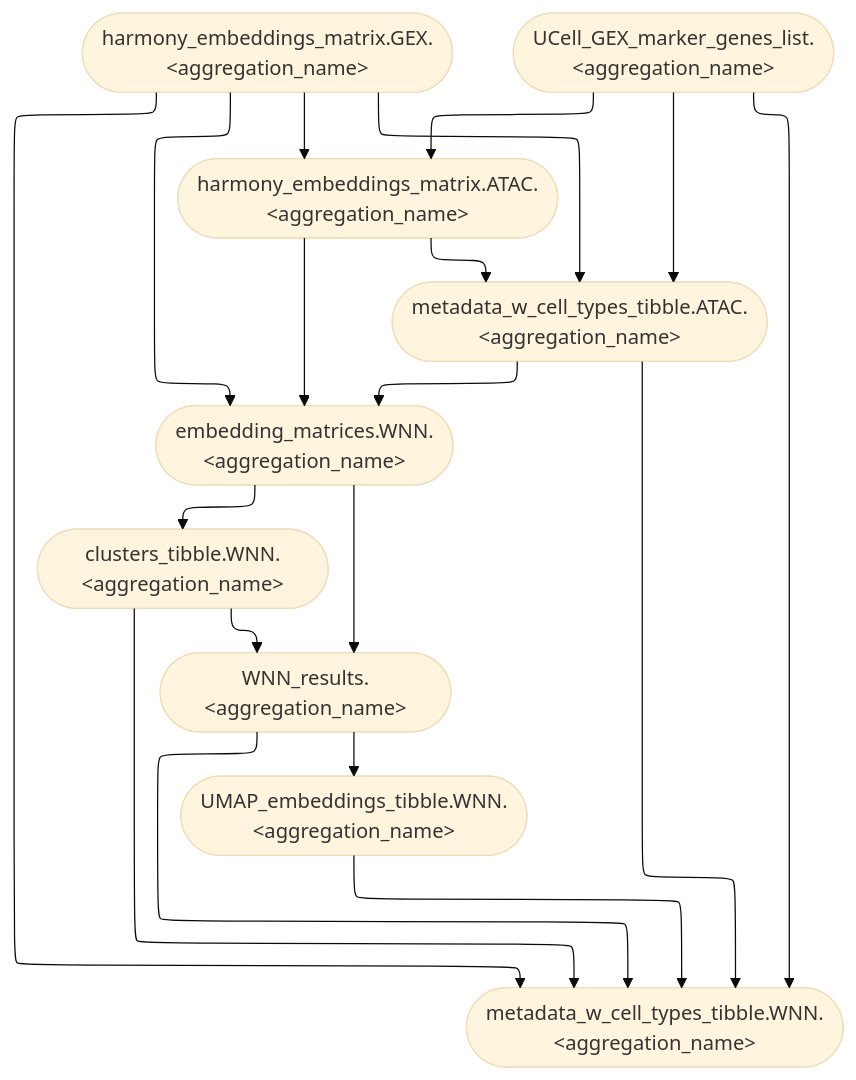
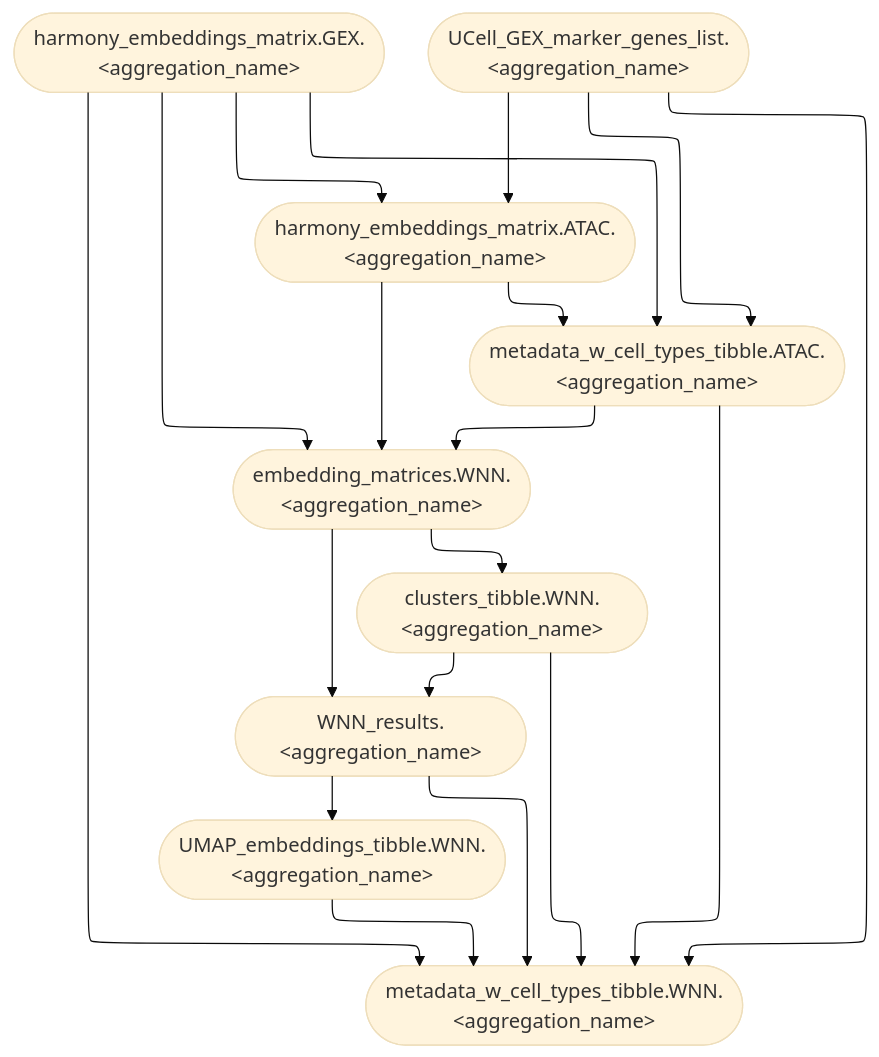
The diagram in website/figures/human_curated/WNN_v2.mmd (koefoeden/multiomeR), drawn with Mermaid (base theme) before and after one commit. The commit also changed 11 other files, not shown here.

First line of the commit message:
Refresh public guides and generated graphs for the ported workflow

```diff
--- a/website/figures/human_curated/WNN_v2.mmd
+++ b/website/figures/human_curated/WNN_v2.mmd
@@ -1,20 +1,20 @@
 %%{init: {'flowchart': {'defaultRenderer': 'elk'}}}%%
 flowchart TB
-  harmony_embeddings_matrix.GEX.immune_human_2x(["harmony_embeddings_matrix.GEX.&lt;aggregation_name&gt;"]):::none --> embedding_matrices.WNN.immune_human_2x(["embedding_matrices.WNN.&lt;aggregation_name&gt;"]):::none
-  metadata_w_cell_types_tibble.ATAC.immune_human_2x(["metadata_w_cell_types_tibble.ATAC.&lt;aggregation_name&gt;"]):::none --> embedding_matrices.WNN.immune_human_2x(["embedding_matrices.WNN.&lt;aggregation_name&gt;"]):::none
-  harmony_embeddings_matrix.ATAC.immune_human_2x(["harmony_embeddings_matrix.ATAC.&lt;aggregation_name&gt;"]):::none --> embedding_matrices.WNN.immune_human_2x(["embedding_matrices.WNN.&lt;aggregation_name&gt;"]):::none
-  WNN_results.immune_human_2x(["WNN_results.&lt;aggregation_name&gt;"]):::none --> UMAP_embeddings_tibble.WNN.immune_human_2x(["UMAP_embeddings_tibble.WNN.&lt;aggregation_name&gt;"]):::none
-  clusters_tibble.WNN.immune_human_2x(["clusters_tibble.WNN.&lt;aggregation_name&gt;"]):::none --> WNN_results.immune_human_2x(["WNN_results.&lt;aggregation_name&gt;"]):::none
-  embedding_matrices.WNN.immune_human_2x(["embedding_matrices.WNN.&lt;aggregation_name&gt;"]):::none --> WNN_results.immune_human_2x(["WNN_results.&lt;aggregation_name&gt;"]):::none
-  harmony_embeddings_matrix.GEX.immune_human_2x(["harmony_embeddings_matrix.GEX.&lt;aggregation_name&gt;"]):::none --> harmony_embeddings_matrix.ATAC.immune_human_2x(["harmony_embeddings_matrix.ATAC.&lt;aggregation_name&gt;"]):::none
-  UCell_GEX_marker_genes_list.immune_human_2x(["UCell_GEX_marker_genes_list.&lt;aggregation_name&gt;"]):::none --> harmony_embeddings_matrix.ATAC.immune_human_2x(["harmony_embeddings_matrix.ATAC.&lt;aggregation_name&gt;"]):::none
-  harmony_embeddings_matrix.GEX.immune_human_2x(["harmony_embeddings_matrix.GEX.&lt;aggregation_name&gt;"]):::none --> metadata_w_cell_types_tibble.ATAC.immune_human_2x(["metadata_w_cell_types_tibble.ATAC.&lt;aggregation_name&gt;"]):::none
-  UCell_GEX_marker_genes_list.immune_human_2x(["UCell_GEX_marker_genes_list.&lt;aggregation_name&gt;"]):::none --> metadata_w_cell_types_tibble.ATAC.immune_human_2x(["metadata_w_cell_types_tibble.ATAC.&lt;aggregation_name&gt;"]):::none
-  harmony_embeddings_matrix.ATAC.immune_human_2x(["harmony_embeddings_matrix.ATAC.&lt;aggregation_name&gt;"]):::none --> metadata_w_cell_types_tibble.ATAC.immune_human_2x(["metadata_w_cell_types_tibble.ATAC.&lt;aggregation_name&gt;"]):::none
-  WNN_results.immune_human_2x(["WNN_results.&lt;aggregation_name&gt;"]):::none --> metadata_w_cell_types_tibble.WNN.immune_human_2x(["metadata_w_cell_types_tibble.WNN.&lt;aggregation_name&gt;"]):::none
-  clusters_tibble.WNN.immune_human_2x(["clusters_tibble.WNN.&lt;aggregation_name&gt;"]):::none --> metadata_w_cell_types_tibble.WNN.immune_human_2x(["metadata_w_cell_types_tibble.WNN.&lt;aggregation_name&gt;"]):::none
-  UMAP_embeddings_tibble.WNN.immune_human_2x(["UMAP_embeddings_tibble.WNN.&lt;aggregation_name&gt;"]):::none --> metadata_w_cell_types_tibble.WNN.immune_human_2x(["metadata_w_cell_types_tibble.WNN.&lt;aggregation_name&gt;"]):::none
-  metadata_w_cell_types_tibble.ATAC.immune_human_2x(["metadata_w_cell_types_tibble.ATAC.&lt;aggregation_name&gt;"]):::none --> metadata_w_cell_types_tibble.WNN.immune_human_2x(["metadata_w_cell_types_tibble.WNN.&lt;aggregation_name&gt;"]):::none
-  UCell_GEX_marker_genes_list.immune_human_2x(["UCell_GEX_marker_genes_list.&lt;aggregation_name&gt;"]):::none --> metadata_w_cell_types_tibble.WNN.immune_human_2x(["metadata_w_cell_types_tibble.WNN.&lt;aggregation_name&gt;"]):::none
-  harmony_embeddings_matrix.GEX.immune_human_2x(["harmony_embeddings_matrix.GEX.&lt;aggregation_name&gt;"]):::none --> metadata_w_cell_types_tibble.WNN.immune_human_2x(["metadata_w_cell_types_tibble.WNN.&lt;aggregation_name&gt;"]):::none
-  embedding_matrices.WNN.immune_human_2x(["embedding_matrices.WNN.&lt;aggregation_name&gt;"]):::none --> clusters_tibble.WNN.immune_human_2x(["clusters_tibble.WNN.&lt;aggregation_name&gt;"]):::none
+  harmony_embeddings_matrix.GEX.ENCODE_heart_LV_6x(["harmony_embeddings_matrix.GEX.&lt;aggregation_name&gt;"]):::none --> embedding_matrices.WNN.ENCODE_heart_LV_6x(["embedding_matrices.WNN.&lt;aggregation_name&gt;"]):::none
+  metadata_w_cell_types_tibble.ATAC.ENCODE_heart_LV_6x(["metadata_w_cell_types_tibble.ATAC.&lt;aggregation_name&gt;"]):::none --> embedding_matrices.WNN.ENCODE_heart_LV_6x(["embedding_matrices.WNN.&lt;aggregation_name&gt;"]):::none
+  harmony_embeddings_matrix.ATAC.ENCODE_heart_LV_6x(["harmony_embeddings_matrix.ATAC.&lt;aggregation_name&gt;"]):::none --> embedding_matrices.WNN.ENCODE_heart_LV_6x(["embedding_matrices.WNN.&lt;aggregation_name&gt;"]):::none
+  WNN_results.ENCODE_heart_LV_6x(["WNN_results.&lt;aggregation_name&gt;"]):::none --> UMAP_embeddings_tibble.WNN.ENCODE_heart_LV_6x(["UMAP_embeddings_tibble.WNN.&lt;aggregation_name&gt;"]):::none
+  clusters_tibble.WNN.ENCODE_heart_LV_6x(["clusters_tibble.WNN.&lt;aggregation_name&gt;"]):::none --> WNN_results.ENCODE_heart_LV_6x(["WNN_results.&lt;aggregation_name&gt;"]):::none
+  embedding_matrices.WNN.ENCODE_heart_LV_6x(["embedding_matrices.WNN.&lt;aggregation_name&gt;"]):::none --> WNN_results.ENCODE_heart_LV_6x(["WNN_results.&lt;aggregation_name&gt;"]):::none
+  harmony_embeddings_matrix.GEX.ENCODE_heart_LV_6x(["harmony_embeddings_matrix.GEX.&lt;aggregation_name&gt;"]):::none --> harmony_embeddings_matrix.ATAC.ENCODE_heart_LV_6x(["harmony_embeddings_matrix.ATAC.&lt;aggregation_name&gt;"]):::none
+  UCell_GEX_marker_genes_list.ENCODE_heart_LV_6x(["UCell_GEX_marker_genes_list.&lt;aggregation_name&gt;"]):::none --> harmony_embeddings_matrix.ATAC.ENCODE_heart_LV_6x(["harmony_embeddings_matrix.ATAC.&lt;aggregation_name&gt;"]):::none
+  harmony_embeddings_matrix.GEX.ENCODE_heart_LV_6x(["harmony_embeddings_matrix.GEX.&lt;aggregation_name&gt;"]):::none --> metadata_w_cell_types_tibble.ATAC.ENCODE_heart_LV_6x(["metadata_w_cell_types_tibble.ATAC.&lt;aggregation_name&gt;"]):::none
+  UCell_GEX_marker_genes_list.ENCODE_heart_LV_6x(["UCell_GEX_marker_genes_list.&lt;aggregation_name&gt;"]):::none --> metadata_w_cell_types_tibble.ATAC.ENCODE_heart_LV_6x(["metadata_w_cell_types_tibble.ATAC.&lt;aggregation_name&gt;"]):::none
+  harmony_embeddings_matrix.ATAC.ENCODE_heart_LV_6x(["harmony_embeddings_matrix.ATAC.&lt;aggregation_name&gt;"]):::none --> metadata_w_cell_types_tibble.ATAC.ENCODE_heart_LV_6x(["metadata_w_cell_types_tibble.ATAC.&lt;aggregation_name&gt;"]):::none
+  UCell_GEX_marker_genes_list.ENCODE_heart_LV_6x(["UCell_GEX_marker_genes_list.&lt;aggregation_name&gt;"]):::none --> metadata_w_cell_types_tibble.WNN.ENCODE_heart_LV_6x(["metadata_w_cell_types_tibble.WNN.&lt;aggregation_name&gt;"]):::none
+  UMAP_embeddings_tibble.WNN.ENCODE_heart_LV_6x(["UMAP_embeddings_tibble.WNN.&lt;aggregation_name&gt;"]):::none --> metadata_w_cell_types_tibble.WNN.ENCODE_heart_LV_6x(["metadata_w_cell_types_tibble.WNN.&lt;aggregation_name&gt;"]):::none
+  WNN_results.ENCODE_heart_LV_6x(["WNN_results.&lt;aggregation_name&gt;"]):::none --> metadata_w_cell_types_tibble.WNN.ENCODE_heart_LV_6x(["metadata_w_cell_types_tibble.WNN.&lt;aggregation_name&gt;"]):::none
+  metadata_w_cell_types_tibble.ATAC.ENCODE_heart_LV_6x(["metadata_w_cell_types_tibble.ATAC.&lt;aggregation_name&gt;"]):::none --> metadata_w_cell_types_tibble.WNN.ENCODE_heart_LV_6x(["metadata_w_cell_types_tibble.WNN.&lt;aggregation_name&gt;"]):::none
+  clusters_tibble.WNN.ENCODE_heart_LV_6x(["clusters_tibble.WNN.&lt;aggregation_name&gt;"]):::none --> metadata_w_cell_types_tibble.WNN.ENCODE_heart_LV_6x(["metadata_w_cell_types_tibble.WNN.&lt;aggregation_name&gt;"]):::none
+  harmony_embeddings_matrix.GEX.ENCODE_heart_LV_6x(["harmony_embeddings_matrix.GEX.&lt;aggregation_name&gt;"]):::none --> metadata_w_cell_types_tibble.WNN.ENCODE_heart_LV_6x(["metadata_w_cell_types_tibble.WNN.&lt;aggregation_name&gt;"]):::none
+  embedding_matrices.WNN.ENCODE_heart_LV_6x(["embedding_matrices.WNN.&lt;aggregation_name&gt;"]):::none --> clusters_tibble.WNN.ENCODE_heart_LV_6x(["clusters_tibble.WNN.&lt;aggregation_name&gt;"]):::none
```
